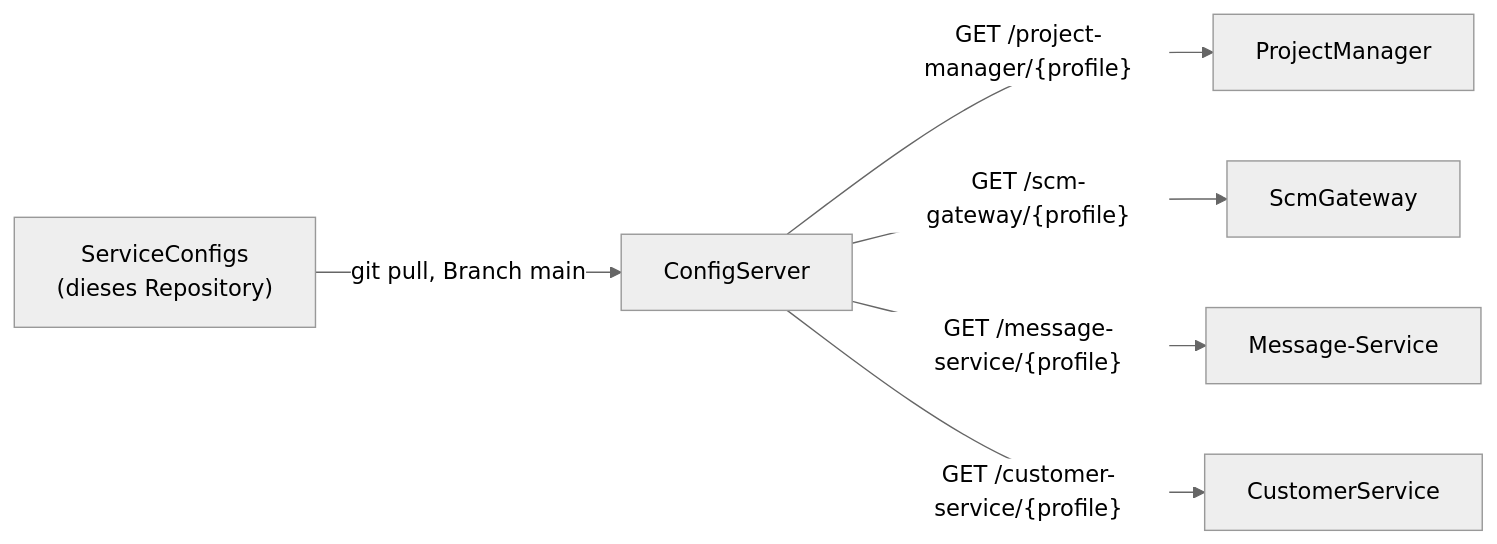
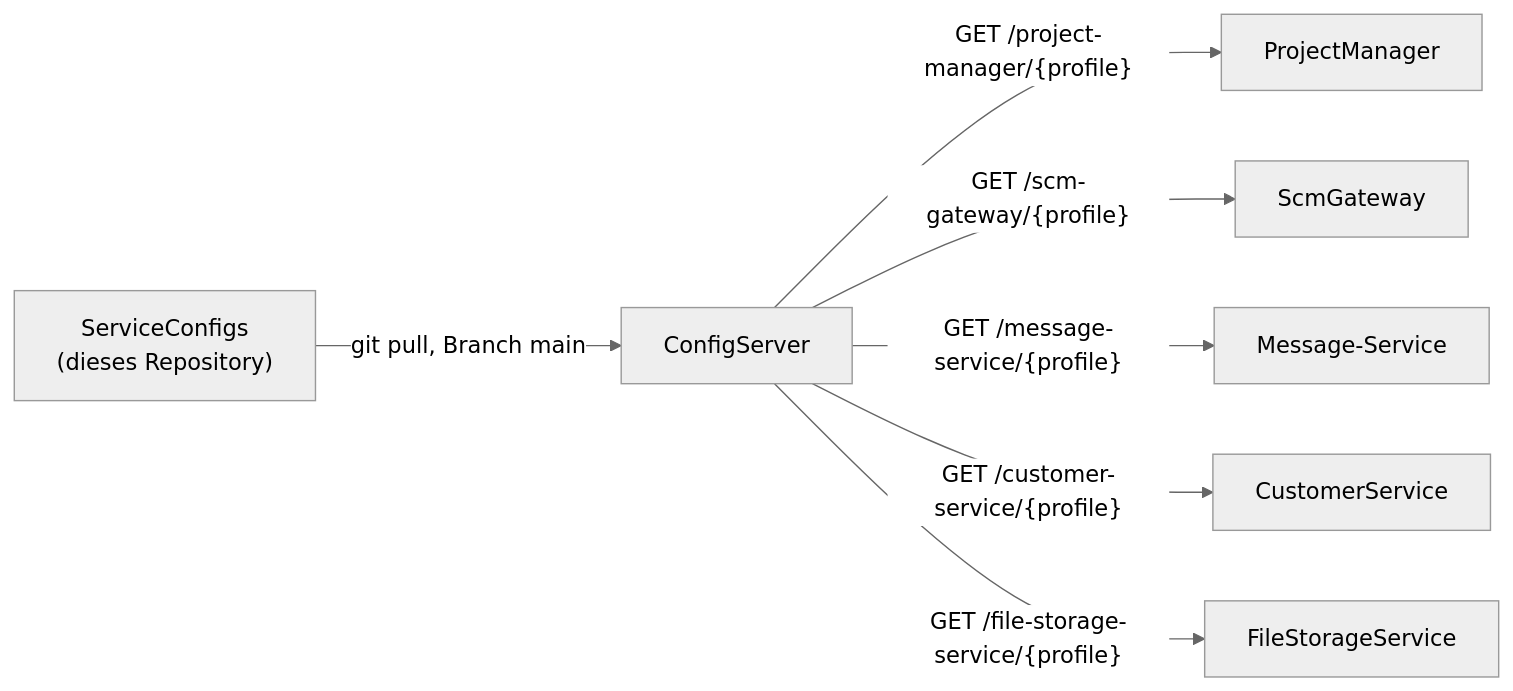
Before and after one commit to Office-OS/ServiceConfigs: the diagram in README.md, drawn with Mermaid (neutral theme). The commit also changed other lines of this file and 2 other files, not shown here.

Commit message:
Add config for FileStorageService

````diff
--- a/README.md
+++ b/README.md
@@ -10,15 +10,17 @@
 ```mermaid
 flowchart LR
     Repo["ServiceConfigs\n(dieses Repository)"]
     CS["ConfigServer"]
     PM["ProjectManager"]
     SCM["ScmGateway"]
     MS["Message-Service"]
     CustS["CustomerService"]
+    FSS["FileStorageService"]
 
     Repo -->|git pull, Branch main| CS
     CS -->|"GET /project-manager/{profile}"| PM
     CS -->|"GET /scm-gateway/{profile}"| SCM
     CS -->|"GET /message-service/{profile}"| MS
     CS -->|"GET /customer-service/{profile}"| CustS
+    CS -->|"GET /file-storage-service/{profile}"| FSS
 ```
````
